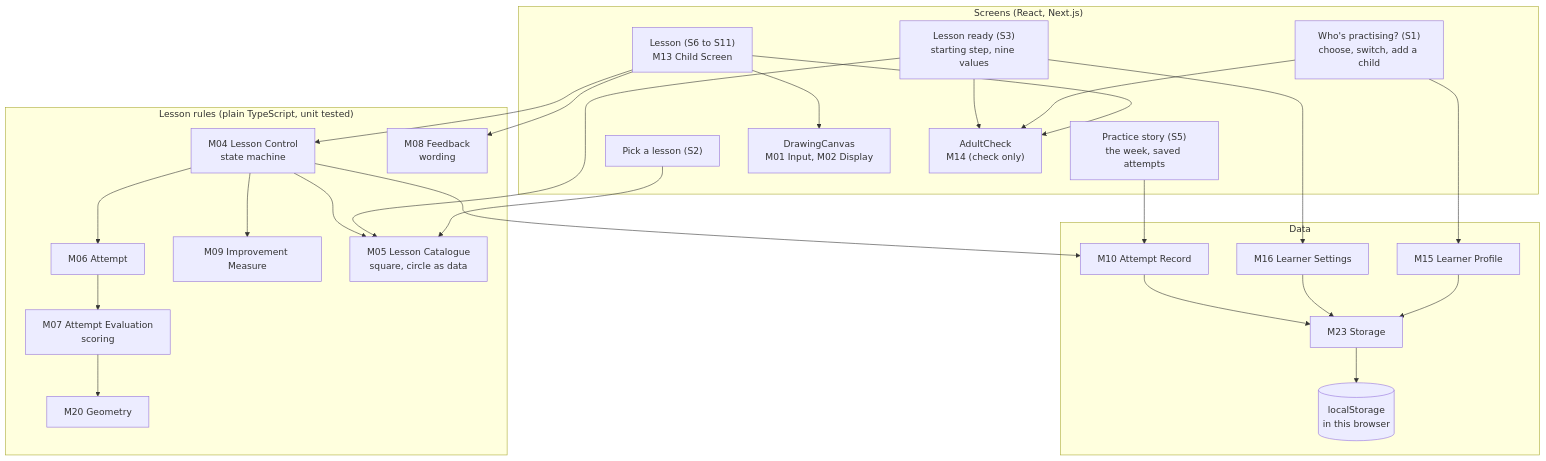
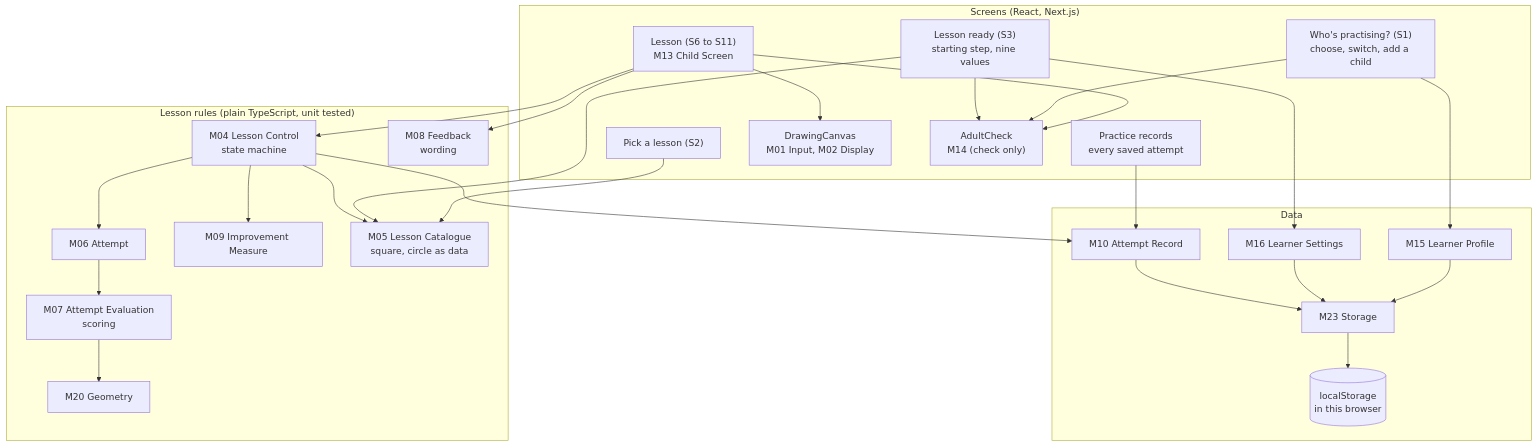
Before and after one commit to AHMEDELZARIA/squigglr: the first of 2 diagrams in src/POC-Implementation-Plan.md, drawn with Mermaid. The commit also changed other lines of this file and 16 other files, not shown here.

````diff
--- a/src/POC-Implementation-Plan.md
+++ b/src/POC-Implementation-Plan.md
@@ -40,54 +40,54 @@
 ```mermaid
 flowchart TD
   subgraph Screens["Screens (React, Next.js)"]
     Children["Who's practising? (S1)<br/>choose, switch, add a child"]
     Lessons["Pick a lesson (S2)"]
     SettingsPage["Lesson ready (S3)<br/>starting step, nine values"]
-    RecordsPage["Practice story (S5)<br/>the week, saved attempts"]
+    RecordsPage["Practice records<br/>every saved attempt"]
     Lesson["Lesson (S6 to S11)<br/>M13 Child Screen"]
     Canvas["DrawingCanvas<br/>M01 Input, M02 Display"]
     Check["AdultCheck<br/>M14 (check only)"]
   end
 
   subgraph Rules["Lesson rules (plain TypeScript, unit tested)"]
     Control["M04 Lesson Control<br/>state machine"]
     Attempt["M06 Attempt"]
     Evaluation["M07 Attempt Evaluation<br/>scoring"]
     Improvement["M09 Improvement Measure"]
     Catalogue["M05 Lesson Catalogue<br/>square, circle as data"]
     Feedback["M08 Feedback<br/>wording"]
     Geometry["M20 Geometry"]
   end
 
   subgraph Data["Data"]
     Profiles["M15 Learner Profile"]
     Settings["M16 Learner Settings"]
     Records["M10 Attempt Record"]
     Storage["M23 Storage"]
     LS[("localStorage<br/>in this browser")]
   end
 
   Lesson --> Canvas
   Lesson --> Control
   Lesson --> Feedback
   Lesson --> Check
   Children --> Profiles
   Children --> Check
   Lessons --> Catalogue
   SettingsPage --> Settings
   SettingsPage --> Check
   SettingsPage --> Catalogue
   RecordsPage --> Records
 
   Control --> Attempt
   Control --> Improvement
   Control --> Catalogue
   Control --> Records
   Attempt --> Evaluation
   Evaluation --> Geometry
 
   Profiles --> Storage
   Settings --> Storage
   Records --> Storage
   Storage --> LS
 ```
````
